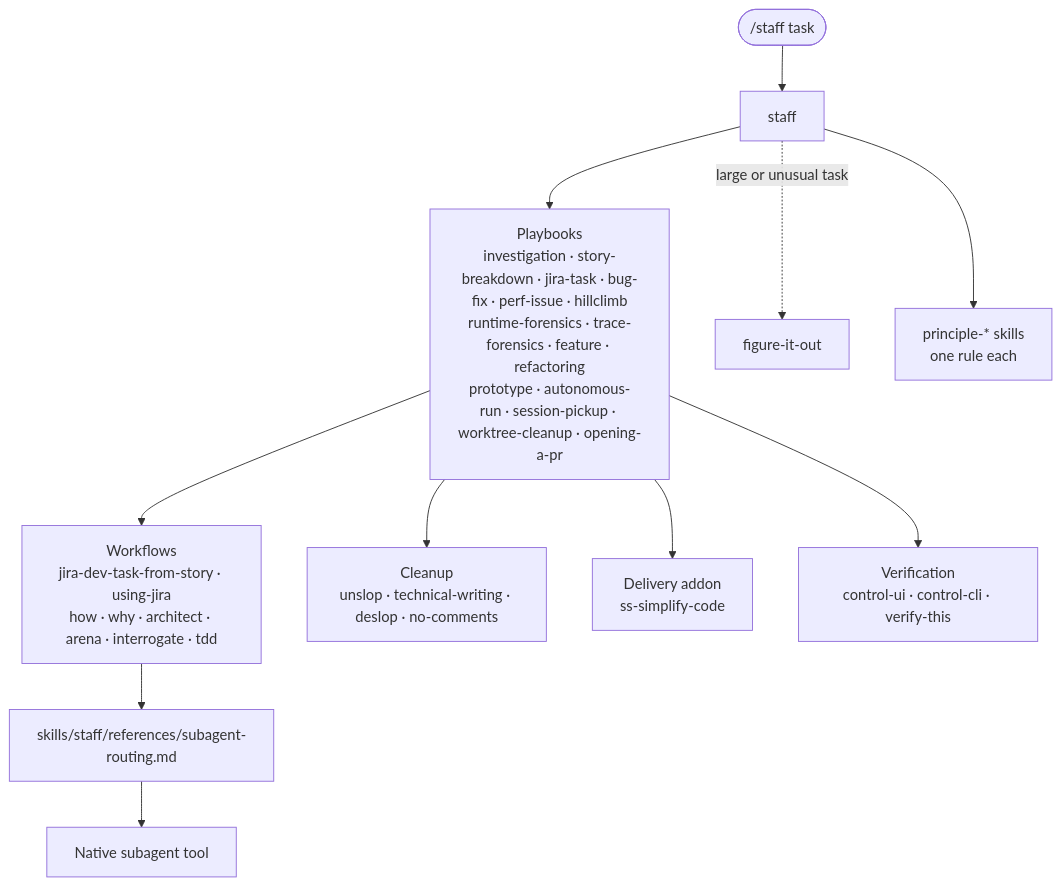
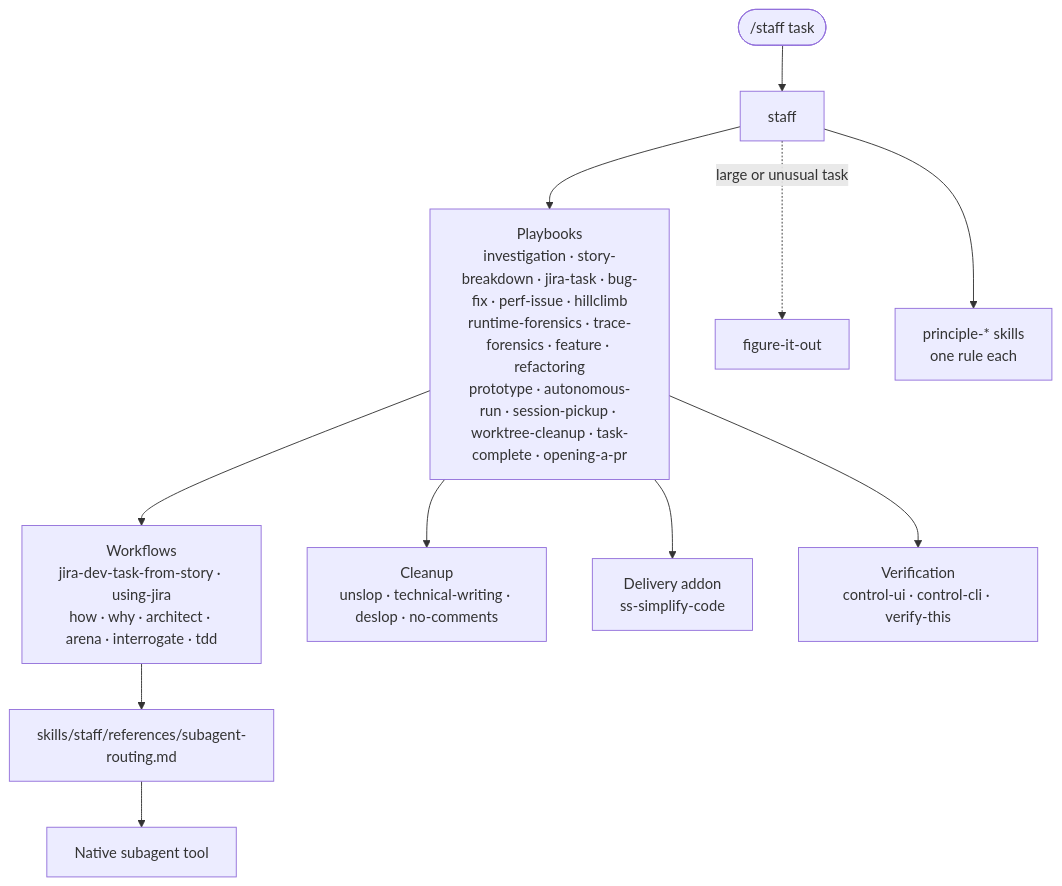
The first of 2 diagrams in README.md (steven-yu-appier/steven-stack), drawn with Mermaid before and after one commit. The commit also changed other lines of this file and 25 other files, not shown here.

````diff
--- a/README.md
+++ b/README.md
@@ -125,13 +129,13 @@
 ```mermaid
 flowchart TD
     U(["/staff task"]) --> S[staff]
-    S --> P["Playbooks<br/>investigation · story-breakdown · jira-task · bug-fix · perf-issue · hillclimb<br/>runtime-forensics · trace-forensics · feature · refactoring<br/>prototype · autonomous-run · session-pickup · worktree-cleanup · opening-a-pr"]
+    S --> P["Playbooks<br/>investigation · story-breakdown · jira-task · bug-fix · perf-issue · hillclimb<br/>runtime-forensics · trace-forensics · feature · refactoring<br/>prototype · autonomous-run · session-pickup · worktree-cleanup · task-complete · opening-a-pr"]
     S -. large or unusual task .-> F[figure-it-out]
     S --> PR["principle-* skills<br/>one rule each"]
     P --> W["Workflows<br/>jira-dev-task-from-story · using-jira<br/>how · why · architect · arena · interrogate · tdd"]
     P --> Q["Cleanup<br/>unslop · technical-writing · deslop · no-comments"]
     P --> A["Delivery addon<br/>ss-simplify-code"]
     P --> V["Verification<br/>control-ui · control-cli · verify-this"]
     W --> R["skills/staff/references/subagent-routing.md"]
     R --> N["Native subagent tool"]
 ```
````
